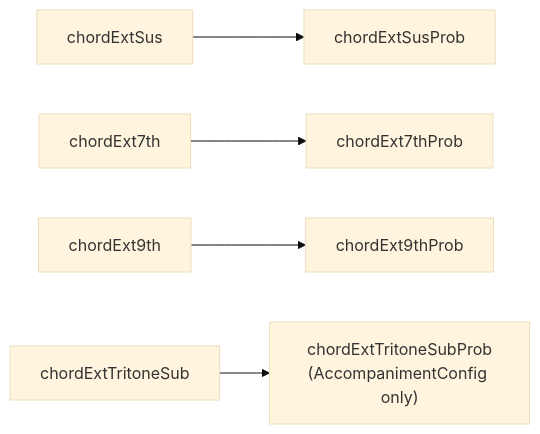
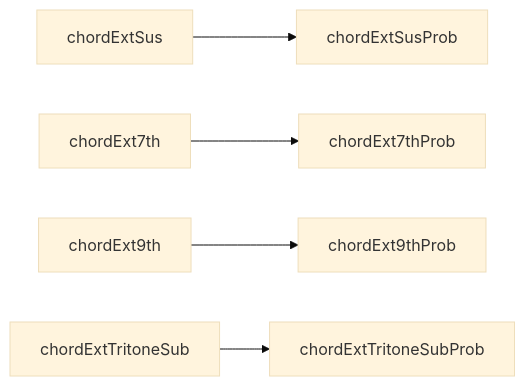
Before and after one commit to libraz/midi-sketch-homepage: the fourth of 13 diagrams in src/docs/option-relationships.md, drawn with Mermaid (base theme). The commit also changed other lines of this file and 91 other files, not shown here.

````diff
--- a/src/docs/option-relationships.md
+++ b/src/docs/option-relationships.md
@@ -73,7 +78,7 @@
 ```mermaid
 graph LR
     chordExtSus --> chordExtSusProb
     chordExt7th --> chordExt7thProb
     chordExt9th --> chordExt9thProb
-    chordExtTritoneSub --> chordExtTritoneSubProb["chordExtTritoneSubProb<br/>(AccompanimentConfig only)"]
+    chordExtTritoneSub --> chordExtTritoneSubProb
 ```
````
